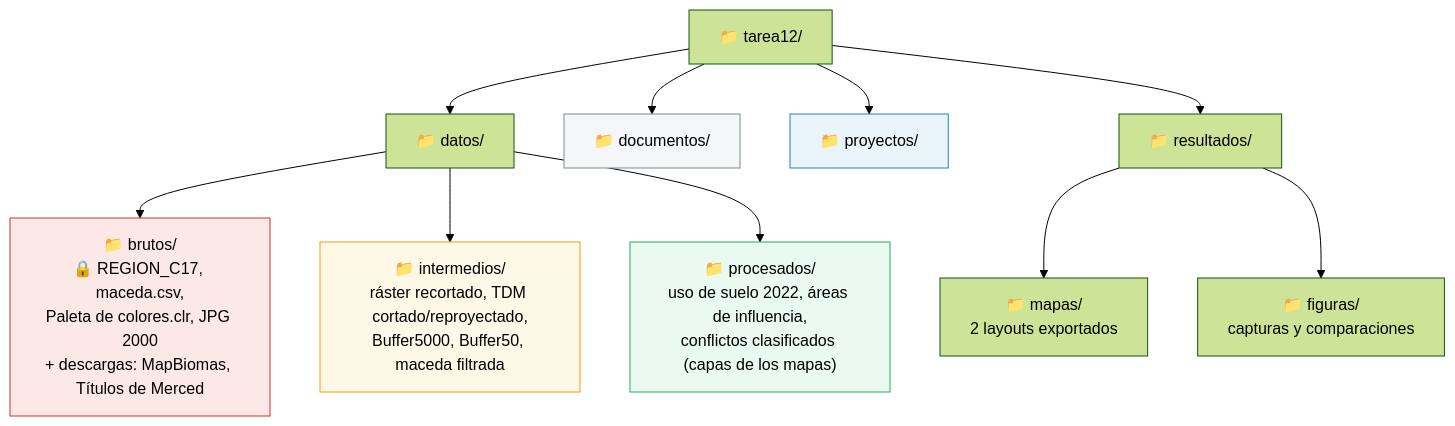
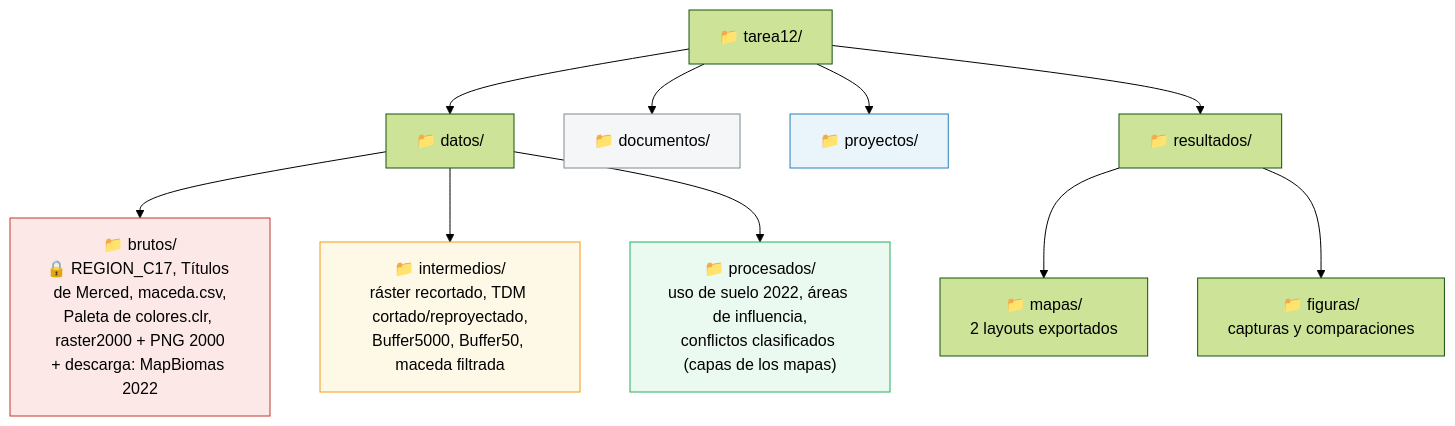
Before and after one commit to felipejordanc/sus2211: the diagram in homeworks/tarea12.qmd, drawn with Mermaid (forest theme). The commit also changed other lines of this file and 1 other file, not shown here.

First line of the commit message:
tarea12: use provided Títulos de Merced shapefile + 2000 raster

````diff
--- a/homeworks/tarea12.qmd
+++ b/homeworks/tarea12.qmd
@@ -75,20 +76,20 @@
 ```{mermaid}
 flowchart TD
     A["📁 tarea12/"] --> B["📁 datos/"]
     A --> C["📁 documentos/"]
     A --> D["📁 proyectos/"]
     A --> E["📁 resultados/"]
 
-    B --> F["📁 brutos/<br>🔒 REGION_C17, maceda.csv,<br>Paleta de colores.clr, JPG 2000<br>+ descargas: MapBiomas, Títulos de Merced"]
+    B --> F["📁 brutos/<br>🔒 REGION_C17, Títulos de Merced, maceda.csv,<br>Paleta de colores.clr, raster2000 + PNG 2000<br>+ descarga: MapBiomas 2022"]
     B --> G["📁 intermedios/<br>ráster recortado, TDM cortado/reproyectado,<br>Buffer5000, Buffer50, maceda filtrada"]
     B --> H["📁 procesados/<br>uso de suelo 2022, áreas de influencia,<br>conflictos clasificados (capas de los mapas)"]
 
     E --> I["📁 mapas/<br>2 layouts exportados"]
     E --> J["📁 figuras/<br>capturas y comparaciones"]
 
     style F fill:#fde8e8,stroke:#c0392b
     style G fill:#fef9e7,stroke:#f39c12
     style H fill:#eafaf1,stroke:#27ae60
     style D fill:#eaf4fb,stroke:#2980b9
     style C fill:#f4f6f7,stroke:#7f8c8d
 ```
````
